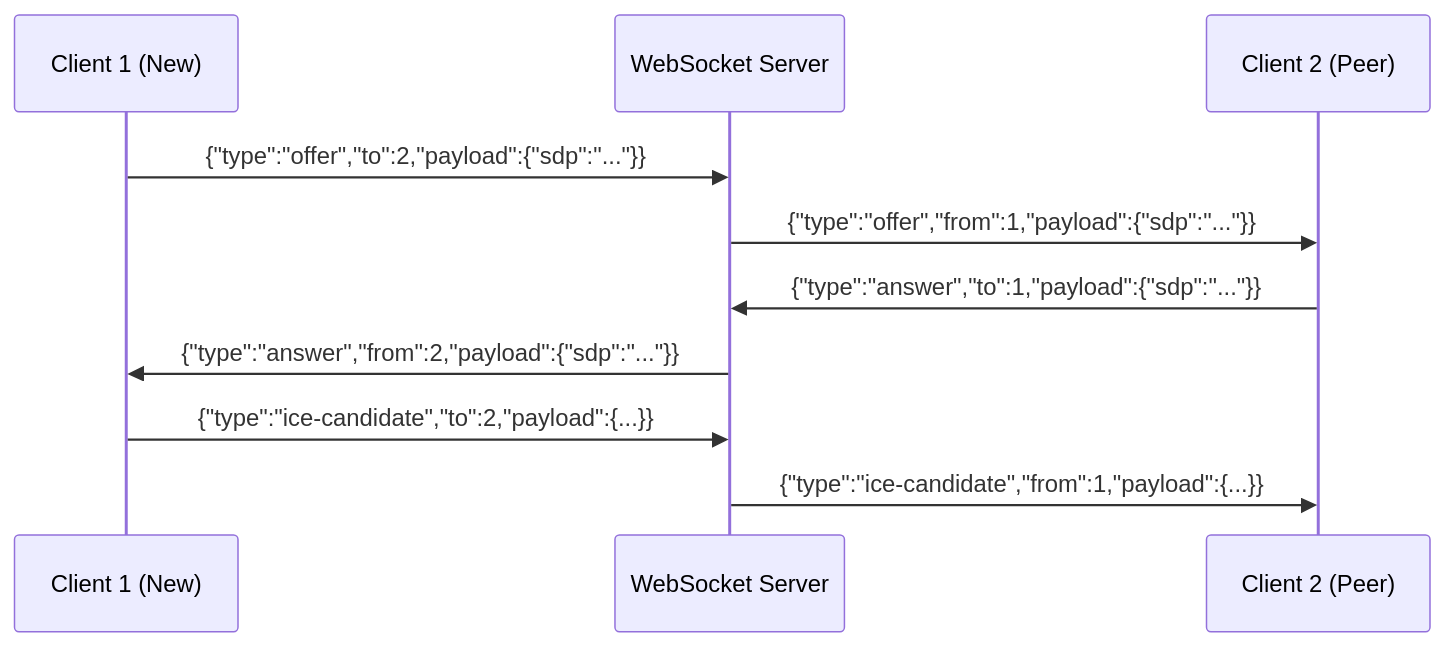
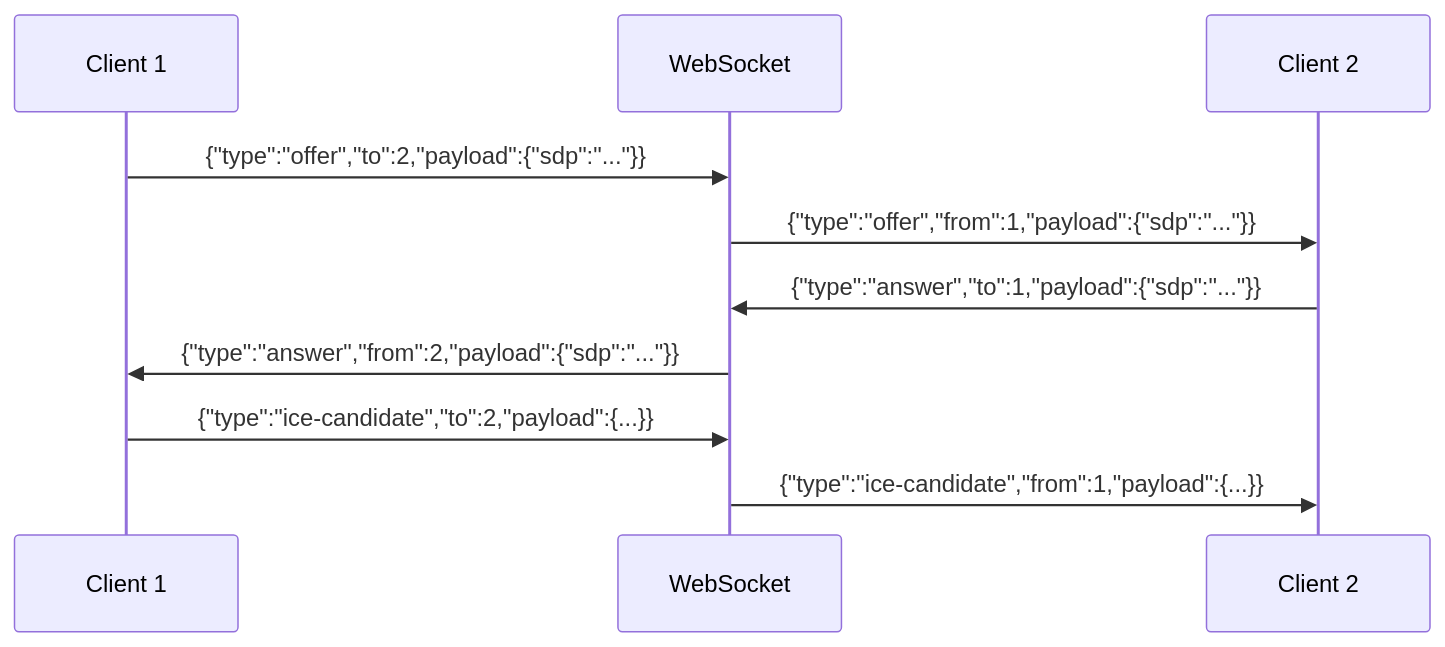
One commit to Mohitkumar7295/Real-Time-Communication-App changed the second of 2 diagrams in docs/API.md. Above: the diagram before and after it, drawn with Mermaid. The commit also changed other lines of this file and 6 other files, not shown here.

Commit message:
docs: add email OTP 2FA to specifications and architecture

````diff
--- a/docs/API.md
+++ b/docs/API.md
@@ -162,12 +159,12 @@
 ```mermaid
 sequenceDiagram
-    participant C1 as Client 1 (New)
-    participant WS as WebSocket Server
-    participant C2 as Client 2 (Peer)
+    participant C1 as Client 1
+    participant WS as WebSocket
+    participant C2 as Client 2
     C1->>WS: {"type":"offer","to":2,"payload":{"sdp":"..."}}
     WS->>C2: {"type":"offer","from":1,"payload":{"sdp":"..."}}
     C2->>WS: {"type":"answer","to":1,"payload":{"sdp":"..."}}
     WS->>C1: {"type":"answer","from":2,"payload":{"sdp":"..."}}
     C1->>WS: {"type":"ice-candidate","to":2,"payload":{...}}
     WS->>C2: {"type":"ice-candidate","from":1,"payload":{...}}
 ```
````
